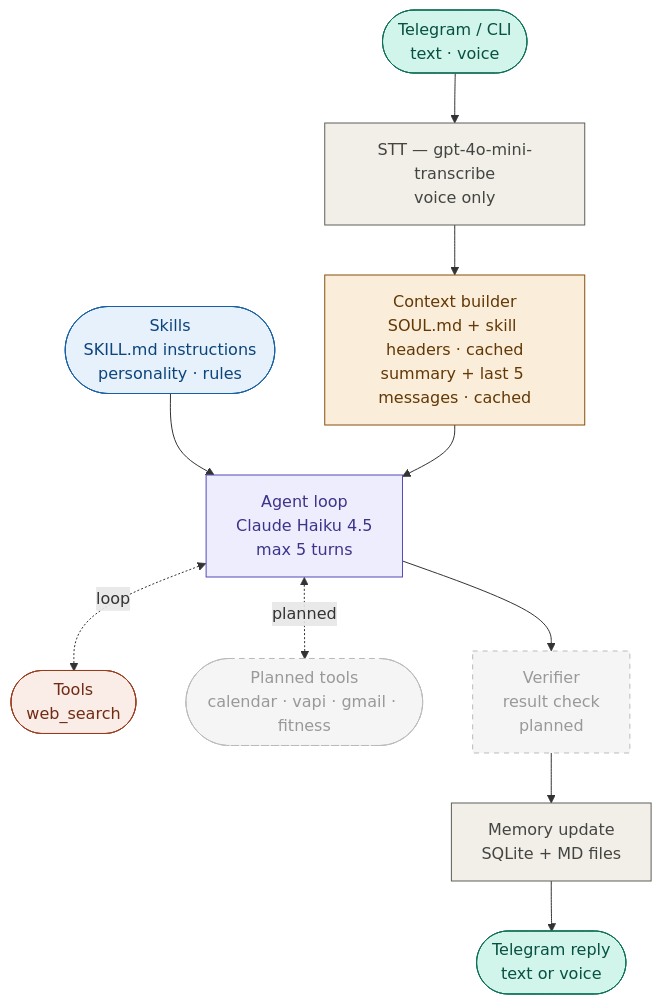
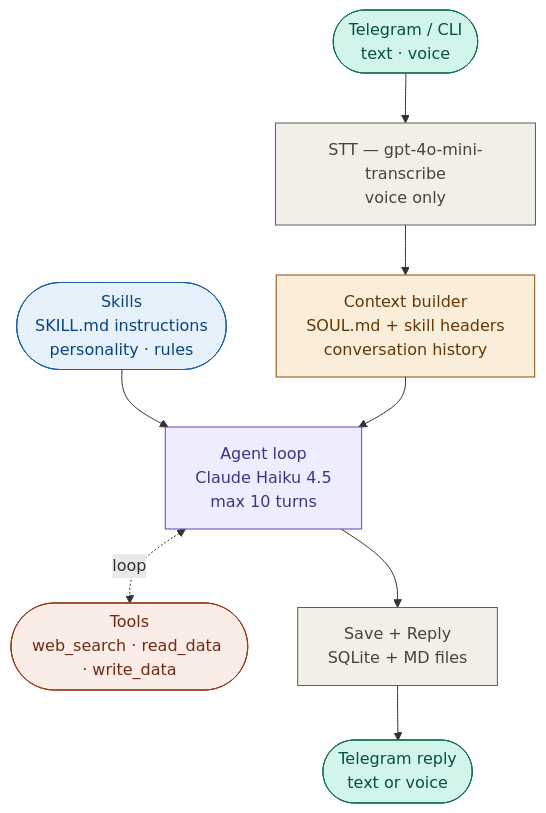
The diagram in README.md (Liakhov/milo), drawn with Mermaid before and after one commit. The commit also changed other lines of this file and 1 other file, not shown here.

Commit message:
update README.md and CLAUDE.md

````diff
--- a/README.md
+++ b/README.md
@@ -20,25 +20,21 @@
 ```mermaid
 flowchart TD
     A([Telegram / CLI\ntext · voice]) --> B[STT — gpt-4o-mini-transcribe\nvoice only]
-    B --> C[Context builder\nSOUL.md + skill headers · cached\nsummary + last 5 messages · cached]
+    B --> C[Context builder\nSOUL.md + skill headers\nconversation history]
 
     E([Skills\nSKILL.md instructions\npersonality · rules]) --> D
-    C --> D[Agent loop\nClaude Haiku 4.5\nmax 5 turns]
-    D <-.loop.-> F([Tools\nweb_search])
-    D <-.planned.-> F2([Planned tools\ncalendar · vapi · gmail · fitness])
+    C --> D[Agent loop\nClaude Haiku 4.5\nmax 10 turns]
+    D <-.loop.-> F([Tools\nweb_search · read_data · write_data])
 
-    D --> G[Verifier\nresult check\nplanned]
-    G --> H[Memory update\nSQLite + MD files]
+    D --> H[Save + Reply\nSQLite + MD files]
     H --> I([Telegram reply\ntext or voice])
 
     style A fill:#d1f5ea,stroke:#0f6e56,color:#085041
     style I fill:#d1f5ea,stroke:#0f6e56,color:#085041
     style D fill:#eeedfe,stroke:#534ab7,color:#3c3489
     style C fill:#faeeda,stroke:#854f0b,color:#633806
     style E fill:#e6f1fb,stroke:#185fa5,color:#0c447c
     style F fill:#faece7,stroke:#993c1d,color:#712b13
-    style G fill:#f5f5f5,stroke:#bbb,color:#999,stroke-dasharray: 5 5
-    style F2 fill:#f5f5f5,stroke:#bbb,color:#999,stroke-dasharray: 5 5
     style B fill:#f1efe8,stroke:#5f5e5a,color:#444441
     style H fill:#f1efe8,stroke:#5f5e5a,color:#444441
 ```
````
